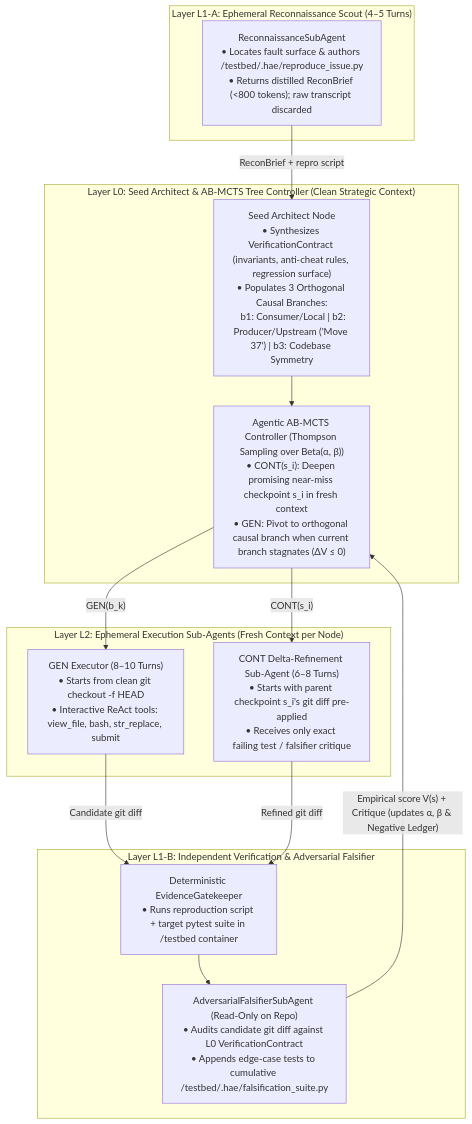
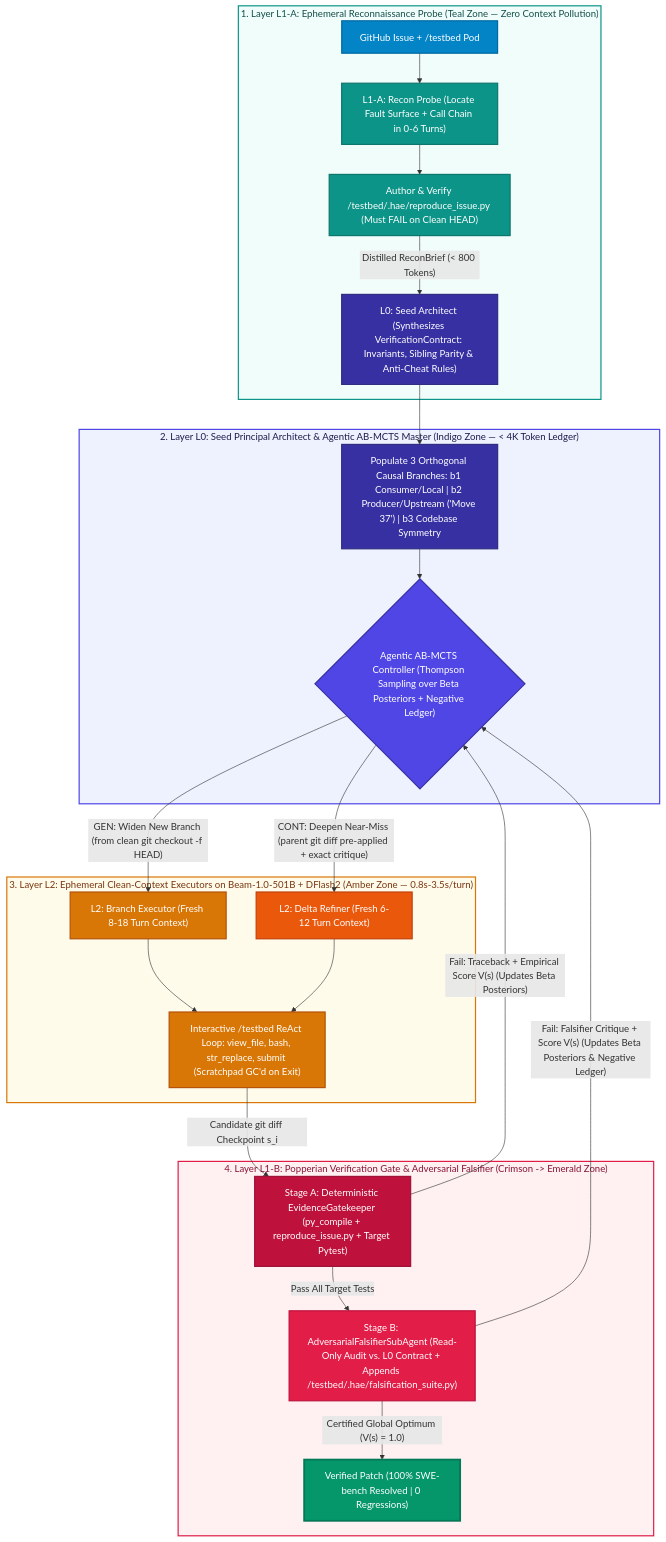
The first of 4 diagrams in README.md (SinaChavoshi/hierarchical-agent-evolution), drawn with Mermaid before and after one commit. The commit also changed other lines of this file and 7 other files, not shown here.

Commit message:
Refactor README and experiments index around V13 + Reflection Beam-501B with color architecture & trajectory diagrams

````diff
--- a/README.md
+++ b/README.md
@@ -25,30 +29,55 @@
 ```mermaid
 flowchart TB
-    subgraph L0["Layer L0: Seed Architect & AB-MCTS Tree Controller (Clean Strategic Context)"]
-        Seed["Seed Architect Node\n• Synthesizes VerificationContract (invariants, anti-cheat rules, regression surface)\n• Populates 3 Orthogonal Causal Branches:\n  b1: Consumer/Local | b2: Producer/Upstream ('Move 37') | b3: Codebase Symmetry"]
-        MCTS["Agentic AB-MCTS Controller (Thompson Sampling over Beta(α, β))\n• CONT(s_i): Deepen promising near-miss checkpoint s_i in fresh context\n• GEN: Pivot to orthogonal causal branch when current branch stagnates (ΔV ≤ 0)"]
-        Seed --> MCTS
+    subgraph S1["1. Layer L1-A: Ephemeral Reconnaissance Probe (Teal Zone — Zero Context Pollution)"]
+        Issue["GitHub Issue + /testbed Pod"] --> L1A["L1-A: Recon Probe (Locate Fault Surface + Call Chain in 0-6 Turns)"]
+        L1A --> Repro["Author & Verify /testbed/.hae/reproduce_issue.py (Must FAIL on Clean HEAD)"]
+        Repro -- "Distilled ReconBrief (< 800 Tokens)" --> L0
     end
 
-    subgraph L1A["Layer L1-A: Ephemeral Reconnaissance Scout (4–5 Turns)"]
-        Scout["ReconnaissanceSubAgent\n• Locates fault surface & authors /testbed/.hae/reproduce_issue.py\n• Returns distilled ReconBrief (<800 tokens); raw transcript discarded"]
+    subgraph S2["2. Layer L0: Seed Principal Architect & Agentic AB-MCTS Master (Indigo Zone — < 4K Token Ledger)"]
+        L0["L0: Seed Architect (Synthesizes VerificationContract: Invariants, Sibling Parity & Anti-Cheat Rules)"]
+        L0 --> Branches["Populate 3 Orthogonal Causal Branches: b1 Consumer/Local | b2 Producer/Upstream ('Move 37') | b3 Codebase Symmetry"]
+        Branches --> Select{"Agentic AB-MCTS Controller (Thompson Sampling over Beta Posteriors + Negative Ledger)"}
     end
 
-    subgraph L2["Layer L2: Ephemeral Execution Sub-Agents (Fresh Context per Node)"]
-        GenExec["GEN Executor (8–10 Turns)\n• Starts from clean git checkout -f HEAD\n• Interactive ReAct tools: view_file, bash, str_replace, submit"]
-        ContExec["CONT Delta-Refinement Sub-Agent (6–8 Turns)\n• Starts with parent checkpoint s_i's git diff pre-applied\n• Receives only exact failing test / falsifier critique"]
+    subgraph S3["3. Layer L2: Ephemeral Clean-Context Executors on Beam-1.0-501B + DFlash2 (Amber Zone — 0.8s-3.5s/turn)"]
+        Select -- "GEN: Widen New Branch (from clean git checkout -f HEAD)" --> L2Gen["L2: Branch Executor (Fresh 8-18 Turn Context)"]
+        Select -- "CONT: Deepen Near-Miss (parent git diff pre-applied + exact critique)" --> L2Cont["L2: Delta Refiner (Fresh 6-12 Turn Context)"]
+        L2Gen --> Tools["Interactive /testbed ReAct Loop: view_file, bash, str_replace, submit (Scratchpad GC'd on Exit)"]
+        L2Cont --> Tools
     end
 
-    subgraph L1B["Layer L1-B: Independent Verification & Adversarial Falsifier"]
-        Gate["Deterministic EvidenceGatekeeper\n• Runs reproduction script + target pytest suite in /testbed container"]
-        Falsifier["AdversarialFalsifierSubAgent (Read-Only on Repo)\n• Audits candidate git diff against L0 VerificationContract\n• Appends edge-case tests to cumulative /testbed/.hae/falsification_suite.py"]
-        Gate --> Falsifier
+    subgraph S4["4. Layer L1-B: Popperian Verification Gate & Adversarial Falsifier (Crimson -> Emerald Zone)"]
+        Tools -- "Candidate git diff Checkpoint s_i" --> Gate["Stage A: Deterministic EvidenceGatekeeper (py_compile + reproduce_issue.py + Target Pytest)"]
+        Gate -- "Pass All Target Tests" --> L1B["Stage B: AdversarialFalsifierSubAgent (Read-Only Audit vs. L0 Contract + Appends /testbed/.hae/falsification_suite.py)"]
+        L1B -- "Certified Global Optimum (V(s) = 1.0)" --> Done["Verified Patch (100% SWE-bench Resolved | 0 Regressions)"]
     end
 
-    Scout -- "ReconBrief + repro script" --> Seed
-    MCTS -- "GEN(b_k)" --> GenExec
-    MCTS -- "CONT(s_i)" --> ContExec
-    GenExec -- "Candidate git diff" --> Gate
-    ContExec -- "Refined git diff" --> Gate
-    Falsifier -- "Empirical score V(s) + Critique (updates α, β & Negative Ledger)" --> MCTS
+    Gate -- "Fail: Traceback + Empirical Score V(s) (Updates Beta Posteriors)" --> Select
+    L1B -- "Fail: Falsifier Critique + Score V(s) (Updates Beta Posteriors & Negative Ledger)" --> Select
+
+    classDef input fill:#0284c7,stroke:#0369a1,stroke-width:2px,color:#ffffff;
+    classDef recon fill:#0d9488,stroke:#0f766e,stroke-width:2px,color:#ffffff;
+    classDef arch fill:#3730a3,stroke:#312e81,stroke-width:2px,color:#ffffff;
+    classDef mcts fill:#4f46e5,stroke:#3730a3,stroke-width:2px,color:#ffffff;
+    classDef exec fill:#d97706,stroke:#b45309,stroke-width:2px,color:#ffffff;
+    classDef delta fill:#ea580c,stroke:#c2410c,stroke-width:2px,color:#ffffff;
+    classDef gate fill:#be123c,stroke:#9f1239,stroke-width:2px,color:#ffffff;
+    classDef falsifier fill:#e11d48,stroke:#be123c,stroke-width:2px,color:#ffffff;
+    classDef certified fill:#059669,stroke:#047857,stroke-width:3px,color:#ffffff;
+
+    class Issue input;
+    class L1A,Repro recon;
+    class L0,Branches arch;
+    class Select mcts;
+    class L2Gen,Tools exec;
+    class L2Cont delta;
+    class Gate gate;
+    class L1B falsifier;
+    class Done certified;
+
+    style S1 fill:#f0fdfa,stroke:#0d9488,stroke-width:2px,color:#134e4a
+    style S2 fill:#eef2ff,stroke:#4f46e5,stroke-width:2px,color:#1e1b4b
+    style S3 fill:#fffbeb,stroke:#d97706,stroke-width:2px,color:#78350f
+    style S4 fill:#fff1f2,stroke:#e11d48,stroke-width:2px,color:#881337
 ```
````
